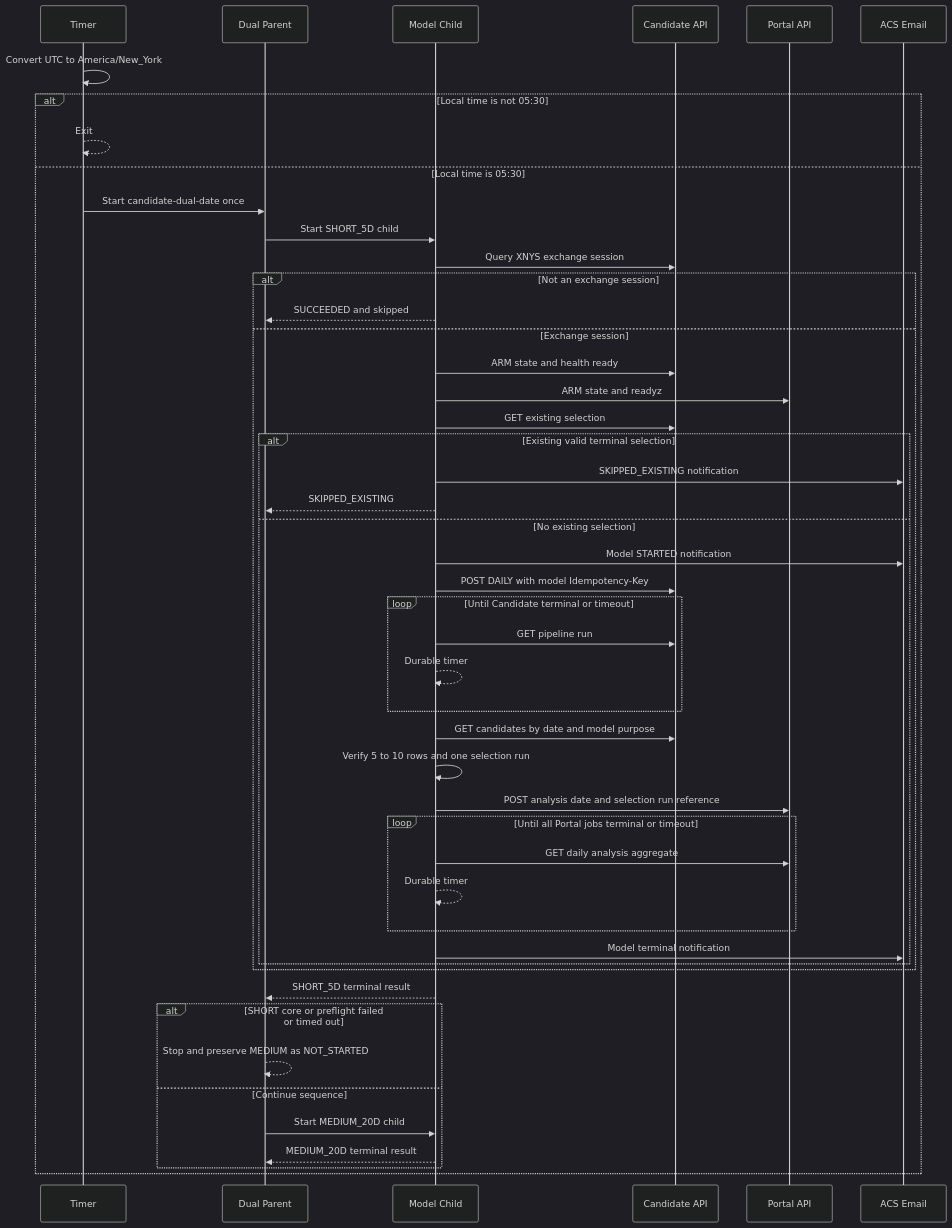
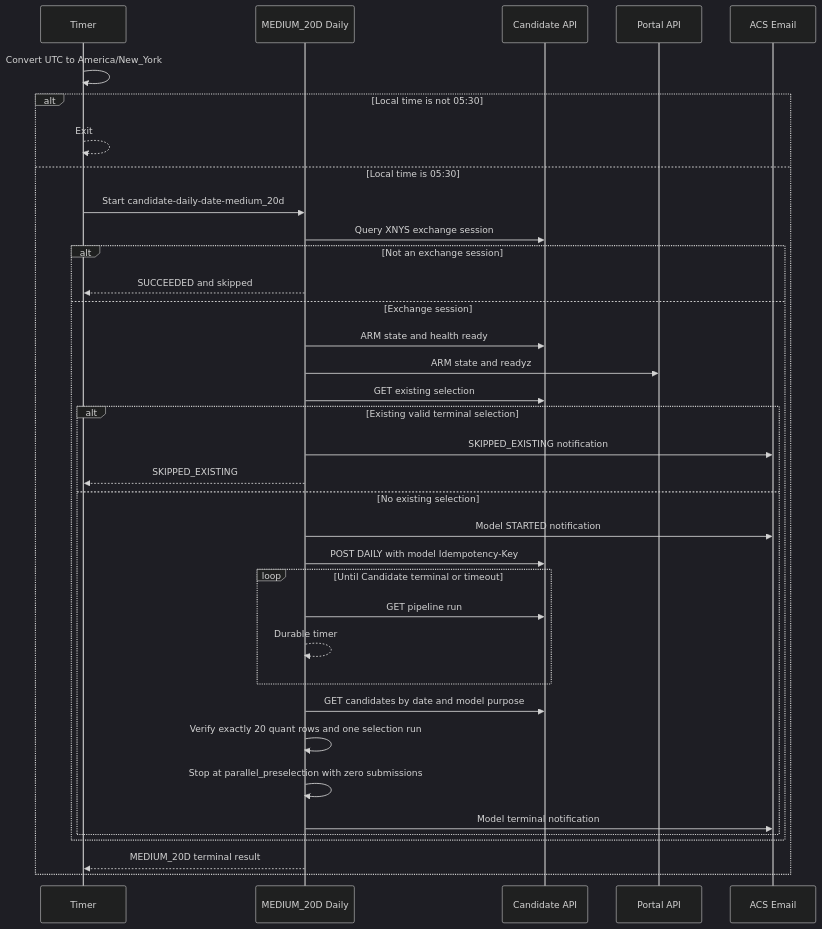
The third of 4 diagrams in .github/modernize/assessment/engines/facts/orchestrator-architecture.md (brjeong-private/sp500-candidate-engine), drawn with Mermaid (dark theme) before and after one commit. The commit also changed other lines of this file and 69 other files, not shown here.

````diff
--- a/.github/modernize/assessment/engines/facts/orchestrator-architecture.md
+++ b/.github/modernize/assessment/engines/facts/orchestrator-architecture.md
@@ -142,51 +138,39 @@
 ```mermaid
 sequenceDiagram
     participant T as Timer
-    participant D as Dual Parent
-    participant M as Model Child
+    participant M as MEDIUM_20D Daily
     participant C as Candidate API
     participant P as Portal API
     participant A as ACS Email
 
     T->>T: Convert UTC to America/New_York
     alt Local time is not 05:30
         T-->>T: Exit
     else Local time is 05:30
-        T->>D: Start candidate-dual-date once
-        D->>M: Start SHORT_5D child
+        T->>M: Start candidate-daily-date-medium_20d
         M->>C: Query XNYS exchange session
         alt Not an exchange session
-            M-->>D: SUCCEEDED and skipped
+            M-->>T: SUCCEEDED and skipped
         else Exchange session
             M->>C: ARM state and health ready
             M->>P: ARM state and readyz
             M->>C: GET existing selection
             alt Existing valid terminal selection
                 M->>A: SKIPPED_EXISTING notification
-                M-->>D: SKIPPED_EXISTING
+                M-->>T: SKIPPED_EXISTING
             else No existing selection
                 M->>A: Model STARTED notification
                 M->>C: POST DAILY with model Idempotency-Key
             loop Until Candidate terminal or timeout
                     M->>C: GET pipeline run
                     M-->>M: Durable timer
             end
                 M->>C: GET candidates by date and model purpose
-                M->>M: Verify 5 to 10 rows and one selection run
-                M->>P: POST analysis date and selection run reference
-            loop Until all Portal jobs terminal or timeout
-                    M->>P: GET daily analysis aggregate
-                    M-->>M: Durable timer
-                end
+                M->>M: Verify exactly 20 quant rows and one selection run
+                M->>M: Stop at parallel_preselection with zero submissions
                 M->>A: Model terminal notification
             end
         end
-        M-->>D: SHORT_5D terminal result
-        alt SHORT core or preflight failed or timed out
-            D-->>D: Stop and preserve MEDIUM as NOT_STARTED
-        else Continue sequence
-            D->>M: Start MEDIUM_20D child
-            M-->>D: MEDIUM_20D terminal result
-        end
+        M-->>T: MEDIUM_20D terminal result
     end
 ```
````
